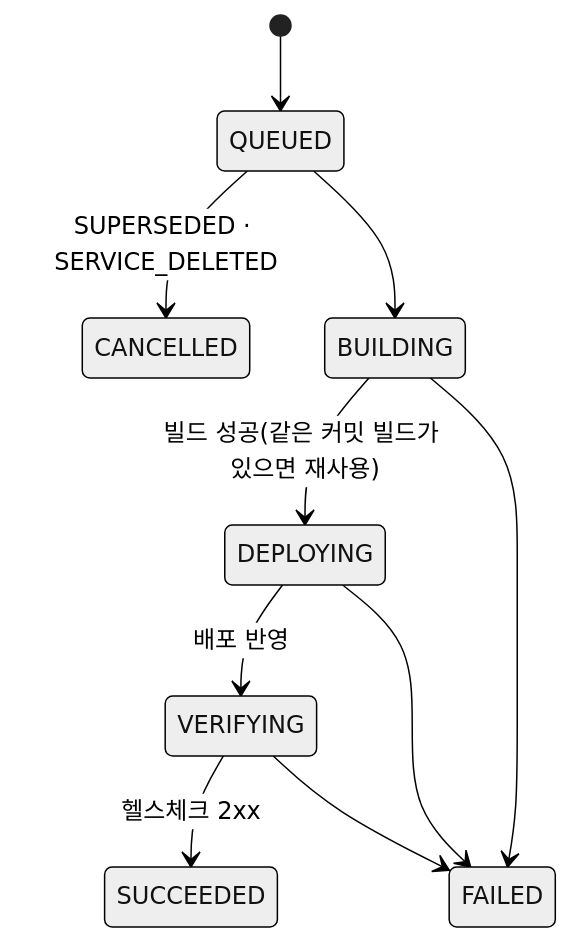
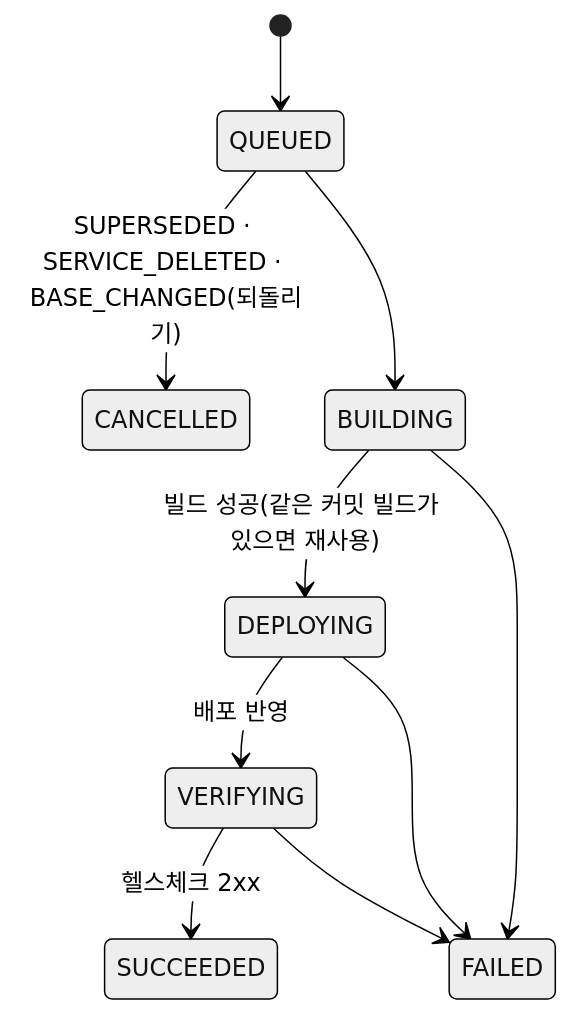
The diagram in docs/api/deploy-requests.md (Softbank-Hackathon-2026-Team-Echo/echo-was), drawn with Mermaid (neutral theme) before and after one commit. The commit also changed other lines of this file and 6 other files, not shown here.

````diff
--- a/docs/api/deploy-requests.md
+++ b/docs/api/deploy-requests.md
@@ -41,12 +45,12 @@
 ```mermaid
 stateDiagram-v2
     [*] --> QUEUED
-    QUEUED --> CANCELLED : SUPERSEDED · SERVICE_DELETED
+    QUEUED --> CANCELLED : SUPERSEDED · SERVICE_DELETED · BASE_CHANGED(되돌리기)
     QUEUED --> BUILDING
     BUILDING --> DEPLOYING : 빌드 성공(같은 커밋 빌드가 있으면 재사용)
     DEPLOYING --> VERIFYING : 배포 반영
     VERIFYING --> SUCCEEDED : 헬스체크 2xx
     BUILDING --> FAILED
     DEPLOYING --> FAILED
     VERIFYING --> FAILED
 ```
````
